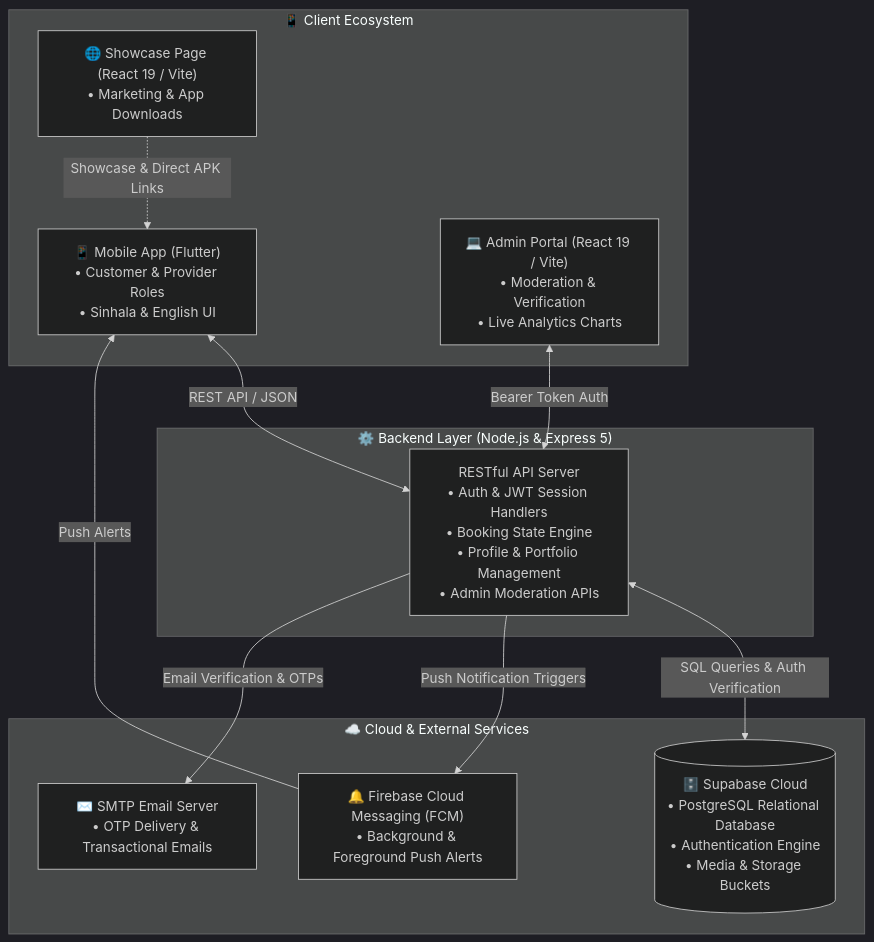
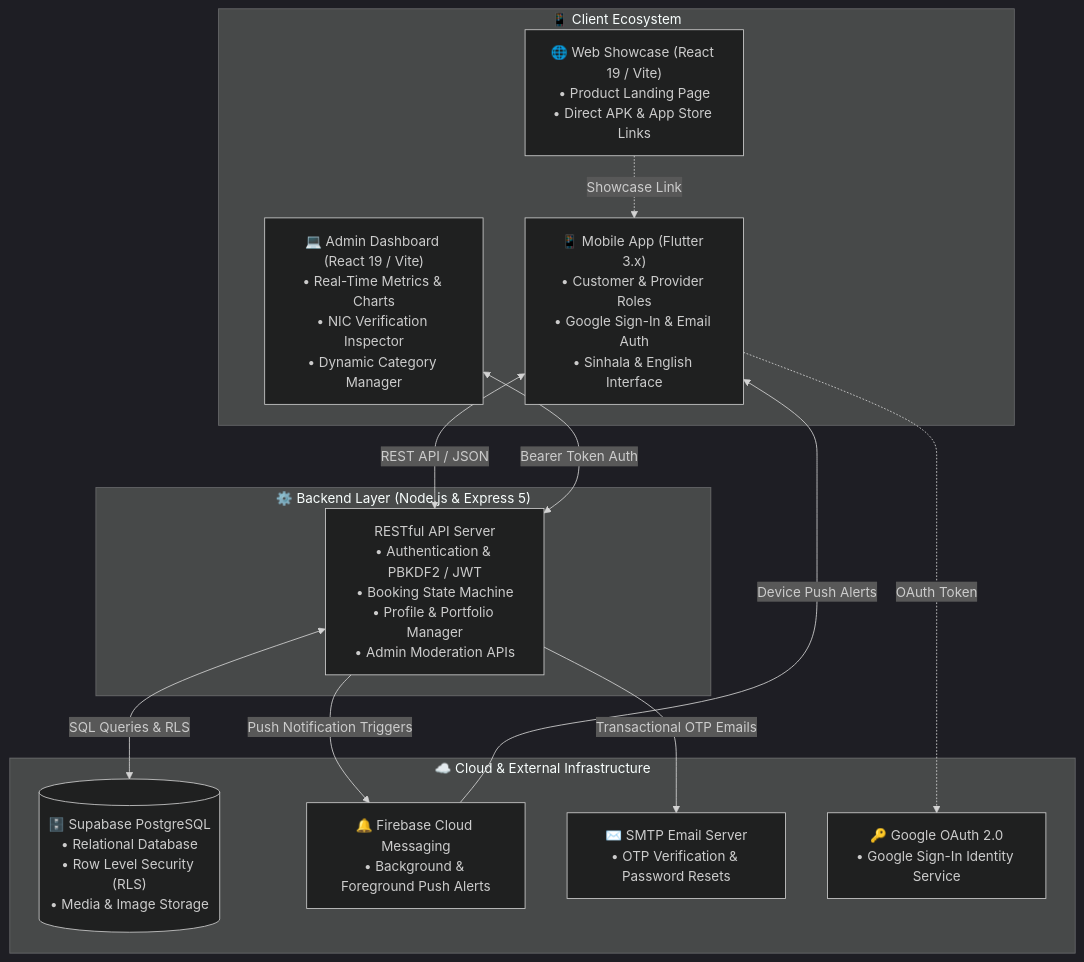
One commit to umindudinal/Ape-Baas changed the diagram in README.md. Above: the diagram before and after it, drawn with Mermaid (dark theme). The commit also changed other lines of this file, not shown here.

````diff
--- a/README.md
+++ b/README.md
@@ -55,27 +78,29 @@
 ```mermaid
 graph TD
     subgraph Clients ["📱 Client Ecosystem"]
-        MA["📱 Mobile App (Flutter)<br/>• Customer & Provider Roles<br/>• Sinhala & English UI"]
-        AD["💻 Admin Portal (React 19 / Vite)<br/>• Moderation & Verification<br/>• Live Analytics Charts"]
-        WP["🌐 Showcase Page (React 19 / Vite)<br/>• Marketing & App Downloads"]
+        MA["📱 Mobile App (Flutter 3.x)<br/>• Customer & Provider Roles<br/>• Google Sign-In & Email Auth<br/>• Sinhala & English Interface"]
+        AD["💻 Admin Dashboard (React 19 / Vite)<br/>• Real-Time Metrics & Charts<br/>• NIC Verification Inspector<br/>• Dynamic Category Manager"]
+        WP["🌐 Web Showcase (React 19 / Vite)<br/>• Product Landing Page<br/>• Direct APK & App Store Links"]
     end
 
     subgraph API_Gateway ["⚙️ Backend Layer (Node.js & Express 5)"]
-        API["RESTful API Server<br/>• Auth & JWT Session Handlers<br/>• Booking State Engine<br/>• Profile & Portfolio Management<br/>• Admin Moderation APIs"]
+        API["RESTful API Server<br/>• Authentication & PBKDF2 / JWT<br/>• Booking State Machine<br/>• Profile & Portfolio Manager<br/>• Admin Moderation APIs"]
     end
 
-    subgraph Cloud_Infra ["☁️ Cloud & External Services"]
-        SB[("🗄️ Supabase Cloud<br/>• PostgreSQL Relational Database<br/>• Authentication Engine<br/>• Media & Storage Buckets")]
-        FCM["🔔 Firebase Cloud Messaging (FCM)<br/>• Background & Foreground Push Alerts"]
-        SMTP["✉️ SMTP Email Server<br/>• OTP Delivery & Transactional Emails"]
+    subgraph Cloud_Services ["☁️ Cloud & External Infrastructure"]
+        SB[("🗄️ Supabase PostgreSQL<br/>• Relational Database<br/>• Row Level Security (RLS)<br/>• Media & Image Storage")]
+        FCM["🔔 Firebase Cloud Messaging<br/>• Background & Foreground Push Alerts"]
+        SMTP["✉️ SMTP Email Server<br/>• OTP Verification & Password Resets"]
+        GGL["🔑 Google OAuth 2.0<br/>• Google Sign-In Identity Service"]
     end
 
     MA <-->|REST API / JSON| API
     AD <-->|Bearer Token Auth| API
-    WP -.->|Showcase & Direct APK Links| MA
+    WP -.->|Showcase Link| MA
 
-    API <-->|SQL Queries & Auth Verification| SB
+    MA -.->|OAuth Token| GGL
+    API <-->|SQL Queries & RLS| SB
     API -->|Push Notification Triggers| FCM
-    FCM -->|Push Alerts| MA
-    API -->|Email Verification & OTPs| SMTP
+    FCM -->|Device Push Alerts| MA
+    API -->|Transactional OTP Emails| SMTP
 ```
````
